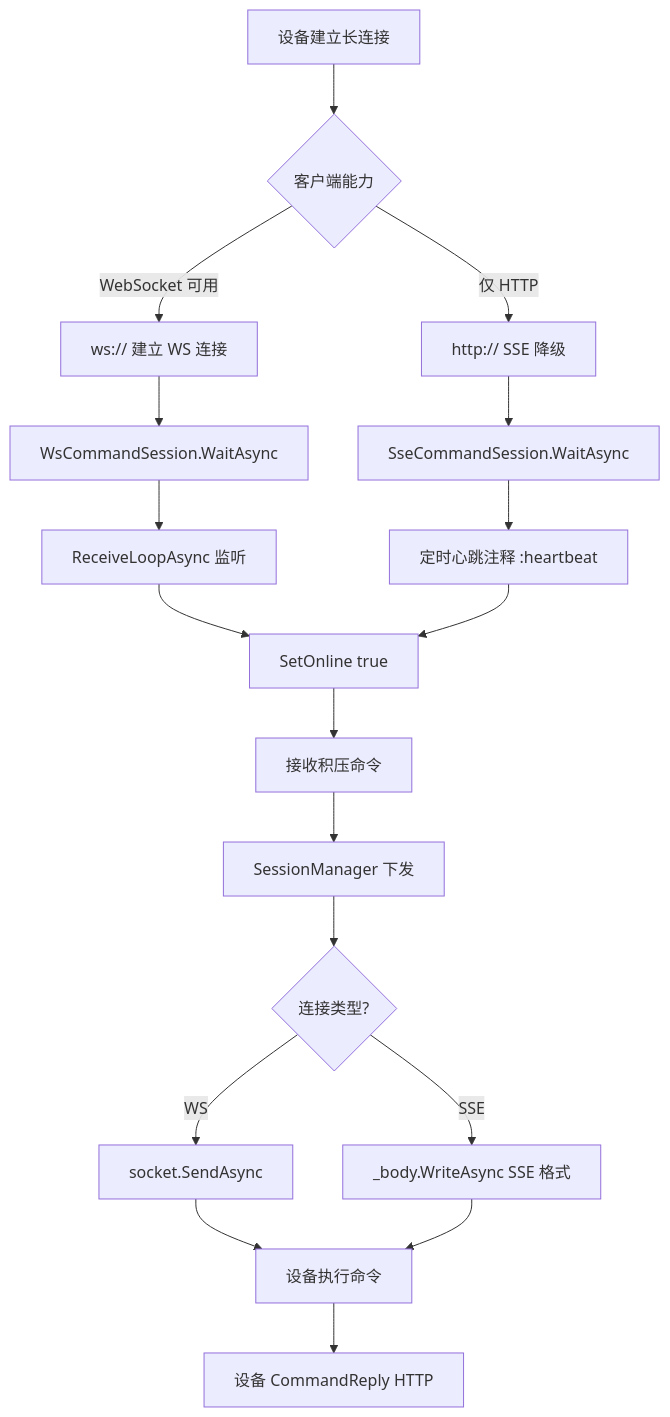
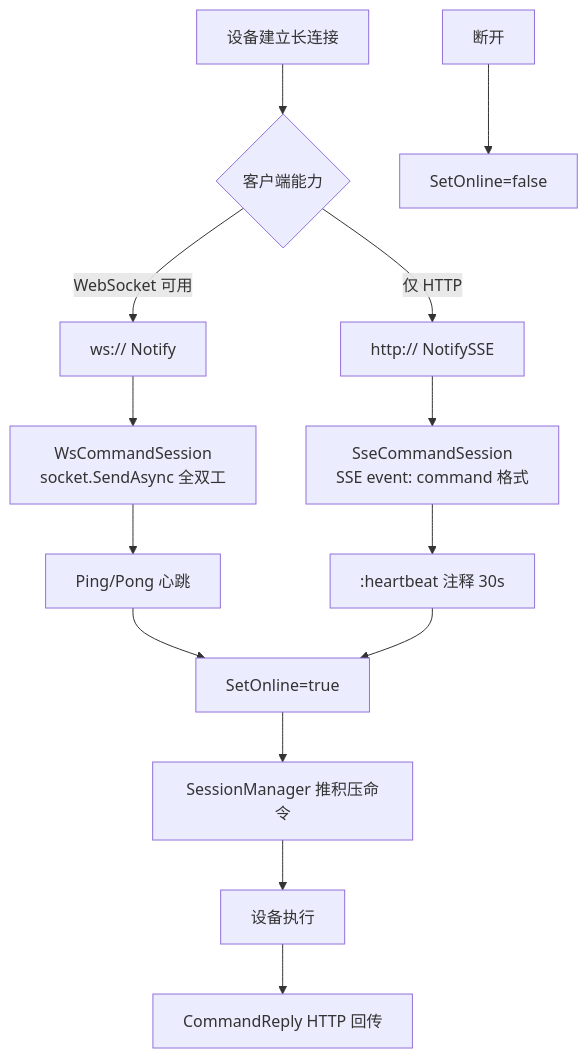
Before and after one commit to NewLifeX/NewLife.Remoting: the seventh of 10 diagrams in Doc/SRV-服务端架构.md, drawn with Mermaid. The commit also changed other lines of this file, not shown here.

````diff
--- a/Doc/SRV-服务端架构.md
+++ b/Doc/SRV-服务端架构.md
@@ -580,20 +289,16 @@
 ```mermaid
 flowchart TD
     A[设备建立长连接] --> B{客户端能力}
-    B -->|WebSocket 可用| C[ws:// 建立 WS 连接]
-    B -->|仅 HTTP| D[http:// SSE 降级]
-    C --> E[WsCommandSession.WaitAsync]
-    D --> F[SseCommandSession.WaitAsync]
-    E --> G[ReceiveLoopAsync 监听]
-    F --> H[定时心跳注释 :heartbeat]
-    G --> I[SetOnline true]
+    B -->|WebSocket 可用| C[ws:// Notify]
+    B -->|仅 HTTP| D[http:// NotifySSE]
+    C --> E[WsCommandSession<br/>socket.SendAsync 全双工]
+    D --> F[SseCommandSession<br/>SSE event: command 格式]
+    E --> G[Ping/Pong 心跳]
+    F --> H[:heartbeat 注释 30s]
+    G --> I[SetOnline=true]
     H --> I
-    I --> J[接收积压命令]
-    J --> K[SessionManager 下发]
-    K --> L{连接类型?}
-    L -->|WS| M[socket.SendAsync]
-    L -->|SSE| N[_body.WriteAsync SSE 格式]
-    M --> O[设备执行命令]
-    N --> O
-    O --> P[设备 CommandReply HTTP]
+    I --> J[SessionManager 推积压命令]
+    J --> K[设备执行]
+    K --> L[CommandReply HTTP 回传]
+    M[断开] --> N[SetOnline=false]
 ```
````
